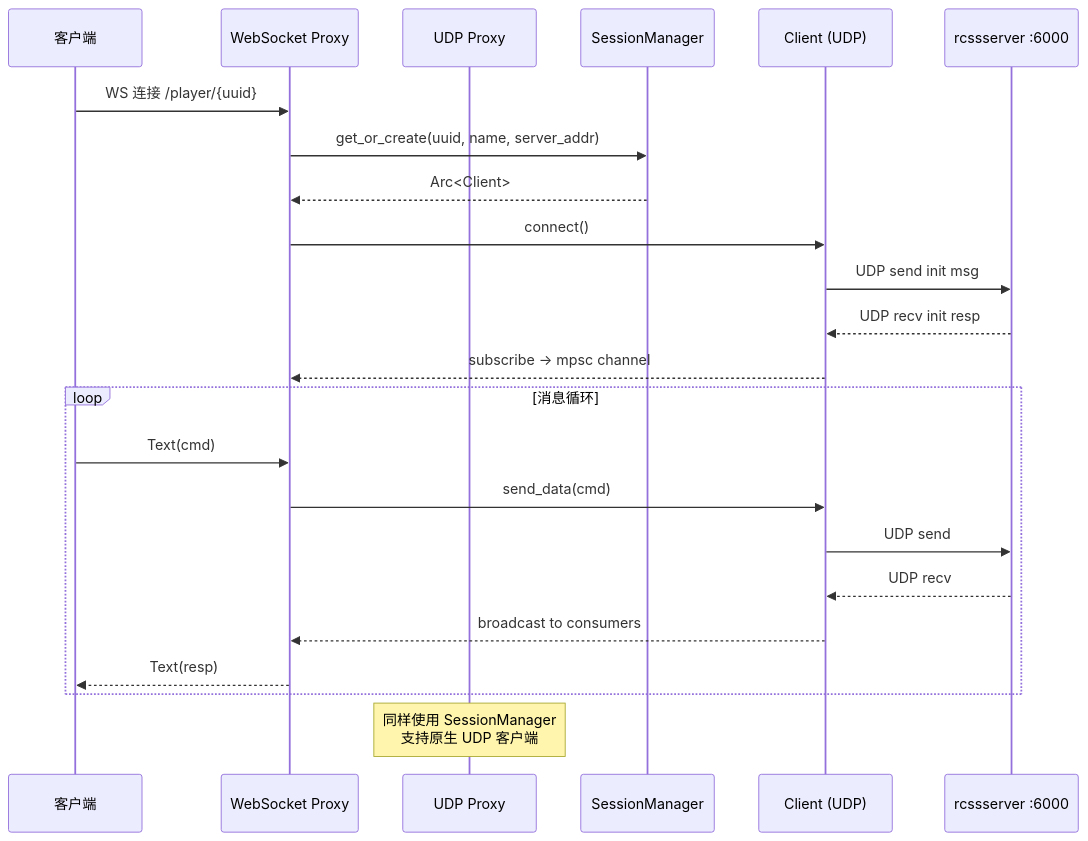
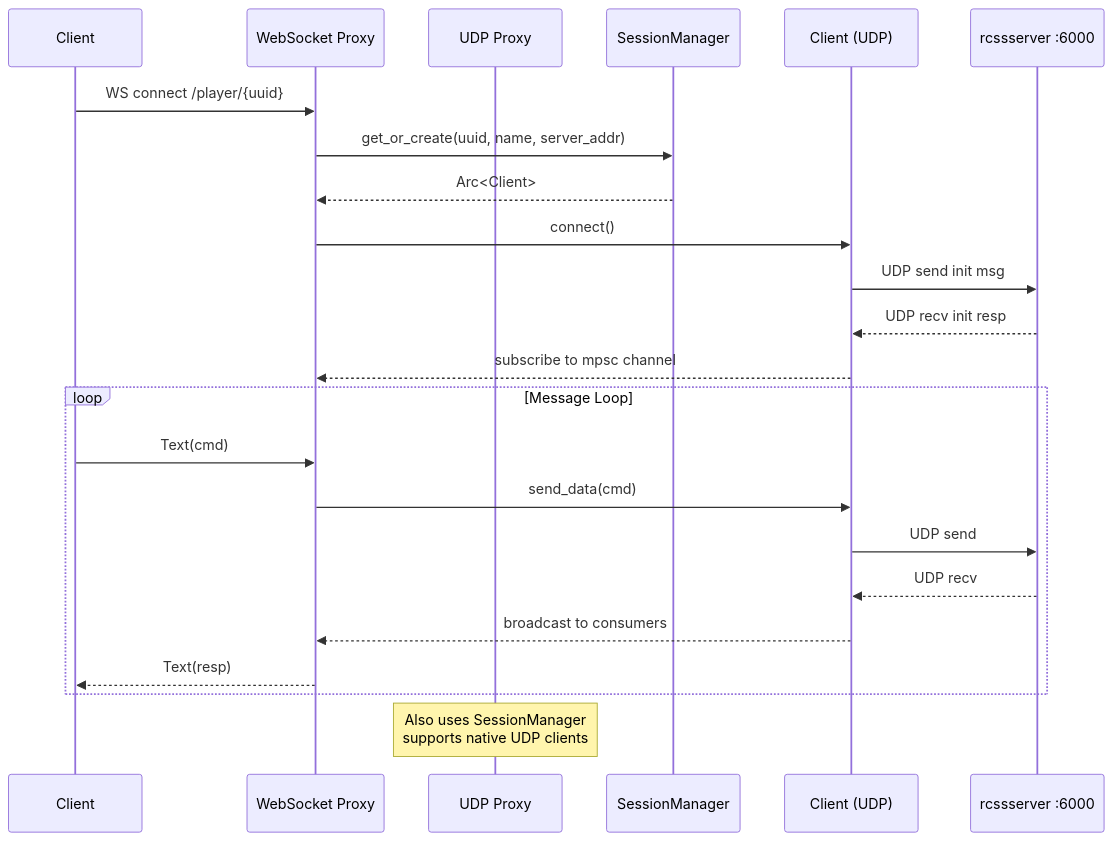
The fourth of 20 diagrams in docs/REPORT.md (NN-4H0U/cluster), drawn with Mermaid before and after one commit. The commit also changed other lines of this file, not shown here.

Commit message:
docs: fix 3.3 stateDiagram parse error and translate all diagram Chinese to English

````diff
--- a/docs/REPORT.md
+++ b/docs/REPORT.md
@@ -146,28 +146,28 @@
 ```mermaid
 sequenceDiagram
-    participant C as 客户端
+    participant C as Client
     participant WS as WebSocket Proxy
     participant UDP as UDP Proxy
     participant SM as SessionManager
     participant CL as Client (UDP)
     participant RCSS as rcssserver :6000
 
-    C->>WS: WS 连接 /player/{uuid}
+    C->>WS: WS connect /player/{uuid}
     WS->>SM: get_or_create(uuid, name, server_addr)
     SM-->>WS: Arc<Client>
     WS->>CL: connect()
     CL->>RCSS: UDP send init msg
     RCSS-->>CL: UDP recv init resp
-    CL-->>WS: subscribe → mpsc channel
+    CL-->>WS: subscribe to mpsc channel
 
-    loop 消息循环
+    loop Message Loop
         C->>WS: Text(cmd)
         WS->>CL: send_data(cmd)
         CL->>RCSS: UDP send
         RCSS-->>CL: UDP recv
         CL-->>WS: broadcast to consumers
         WS-->>C: Text(resp)
     end
 
-    Note over UDP: 同样使用 SessionManager<br/>支持原生 UDP 客户端
+    Note over UDP: Also uses SessionManager<br/>supports native UDP clients
 ```
````
